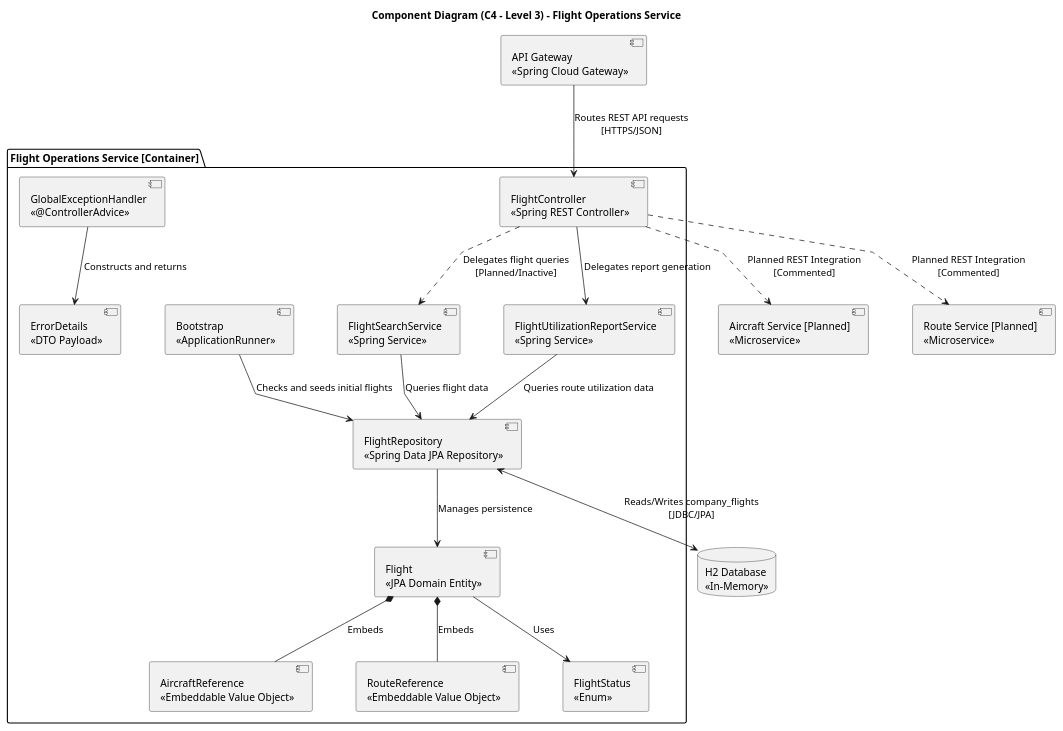
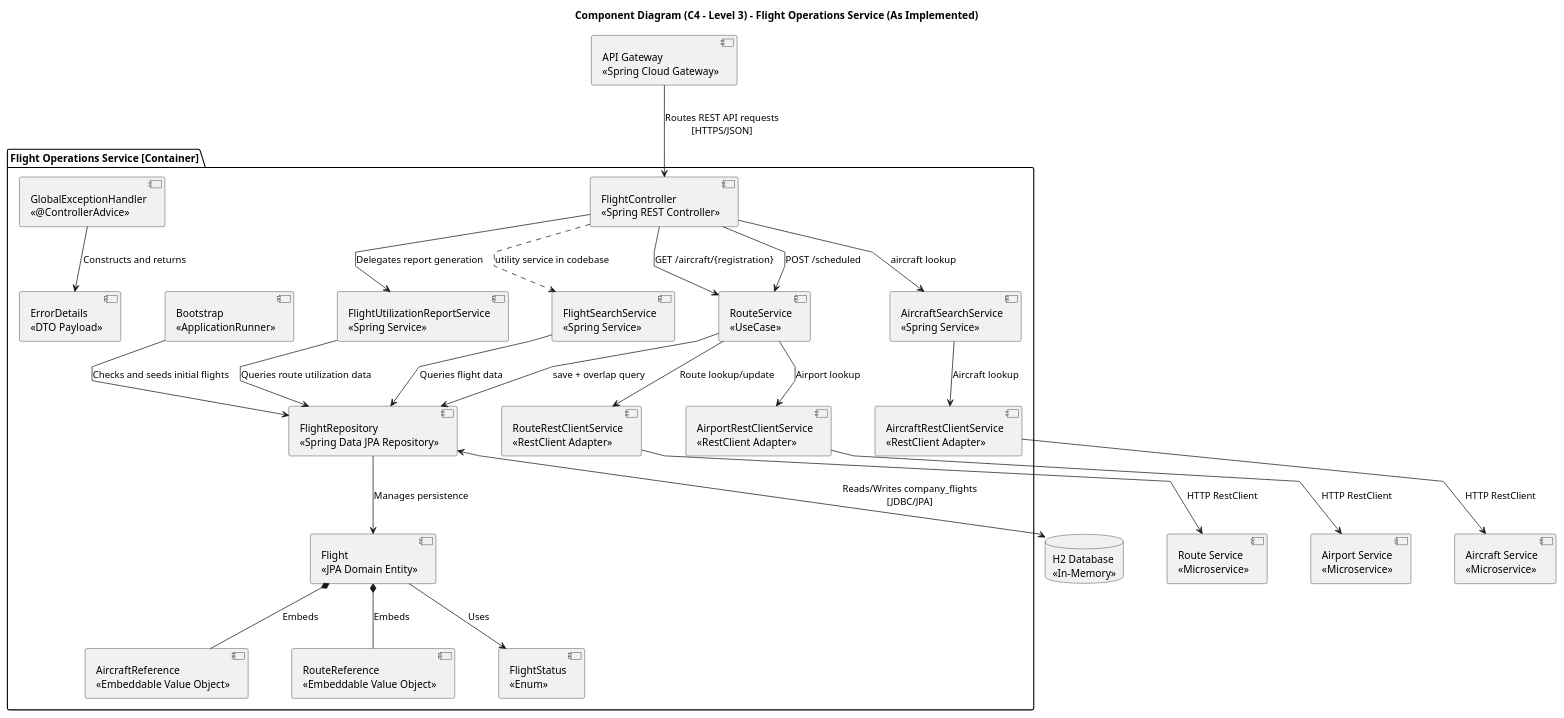
One commit to 8126Lucas/SIDIS_G6_3DA changed the diagram in flight-service/docs/architecture/architecture-c4-level3.puml. Above: the diagram before and after it, drawn with PlantUML. The commit also changed 8 other files, not shown here.

Commit message:
documentation for flight-service completed (this format will be standard for other services)

```diff
--- a/flight-service/docs/architecture/architecture-c4-level3.puml
+++ b/flight-service/docs/architecture/architecture-c4-level3.puml
@@ -1,74 +1,72 @@
 @startuml
-' Configurações visuais e layout
 skinparam linetype polyline
 skinparam nodesep 60
 skinparam ranksep 70
 skinparam shadowing false
 skinparam componentStyle uml2
 
-title Component Diagram (C4 - Level 3) - Flight Operations Service
+title Component Diagram (C4 - Level 3) - Flight Operations Service (As Implemented)
 
-' Ingress e Sistemas Externos
 component "API Gateway\n<<Spring Cloud Gateway>>" as api_gateway
 database "H2 Database\n<<In-Memory>>" as flight_db
-component "Aircraft Service [Planned]\n<<Microservice>>" as aircraft_service
-component "Route Service [Planned]\n<<Microservice>>" as route_service
+component "Aircraft Service\n<<Microservice>>" as aircraft_service
+component "Route Service\n<<Microservice>>" as route_service
+component "Airport Service\n<<Microservice>>" as airport_service
 
-' Fronteira do Container principal
 package "Flight Operations Service [Container]" {
-
-    ' Adaptador REST
     component "FlightController\n<<Spring REST Controller>>" as flight_controller
 
-    ' Serviços de Aplicação
+    component "RouteService\n<<UseCase>>" as route_svc
+    component "AircraftSearchService\n<<Spring Service>>" as aircraft_search_svc
     component "FlightSearchService\n<<Spring Service>>" as flight_search_svc
     component "FlightUtilizationReportService\n<<Spring Service>>" as flight_report_svc
 
-    ' Startup Bootstrapper
+    component "RouteRestClientService\n<<RestClient Adapter>>" as route_client
+    component "AircraftRestClientService\n<<RestClient Adapter>>" as aircraft_client
+    component "AirportRestClientService\n<<RestClient Adapter>>" as airport_client
+
     component "Bootstrap\n<<ApplicationRunner>>" as bootstrapper
 
-    ' Repositório / Persistência
     component "FlightRepository\n<<Spring Data JPA Repository>>" as flight_repo
 
-    ' Modelo de Domínio
     component "Flight\n<<JPA Domain Entity>>" as flight_entity
     component "AircraftReference\n<<Embeddable Value Object>>" as aircraft_ref
     component "RouteReference\n<<Embeddable Value Object>>" as route_ref
     component "FlightStatus\n<<Enum>>" as flight_status
 
-    ' Tratamento Transversal de Erros
     component "GlobalExceptionHandler\n<<@ControllerAdvice>>" as exception_handler
     component "ErrorDetails\n<<DTO Payload>>" as error_details
 }
 
-' Relações de Entrada
 api_gateway --> flight_controller : "Routes REST API requests\n[HTTPS/JSON]"
 
-' Relações do Controller com Serviços
+flight_controller --> route_svc : "POST /scheduled"
+flight_controller --> aircraft_search_svc : "aircraft lookup"
 flight_controller --> flight_report_svc : "Delegates report generation"
-flight_controller ..> flight_search_svc : "Delegates flight queries\n[Planned/Inactive]"
+flight_controller --> route_svc : "GET /aircraft/{registration}"
+flight_controller ..> flight_search_svc : "utility service in codebase"
 
-' Relações dos Serviços e Bootstrap com o Repositório
+route_svc --> route_client : "Route lookup/update"
+route_svc --> airport_client : "Airport lookup"
+aircraft_search_svc --> aircraft_client : "Aircraft lookup"
+
+route_svc --> flight_repo : "save + overlap query"
 flight_search_svc --> flight_repo : "Queries flight data"
 flight_report_svc --> flight_repo : "Queries route utilization data"
 bootstrapper --> flight_repo : "Checks and seeds initial flights"
 
-' Relações do Repositório com o Domínio
 flight_repo --> flight_entity : "Manages persistence"
 
-' Relações de Domínio (Value Objects)
 flight_entity *-- aircraft_ref : "Embeds"
 flight_entity *-- route_ref : "Embeds"
 flight_entity --> flight_status : "Uses"
 
-' Persistência na Base de Dados
 flight_repo <--> flight_db : "Reads/Writes company_flights\n[JDBC/JPA]"
 
-' Resposta de Erros
 exception_handler --> error_details : "Constructs and returns"
 
-' Chamadas Externas Planeadas (Seta pontilhada ..>)
-flight_controller ..> aircraft_service : "Planned REST Integration\n[Commented]"
-flight_controller ..> route_service : "Planned REST Integration\n[Commented]"
+route_client --> route_service : "HTTP RestClient"
+aircraft_client --> aircraft_service : "HTTP RestClient"
+airport_client --> airport_service : "HTTP RestClient"
 
 @enduml
```
